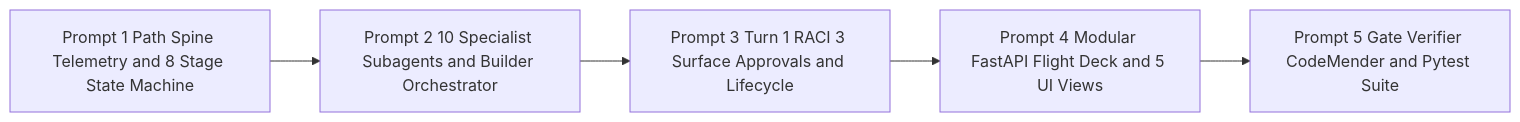
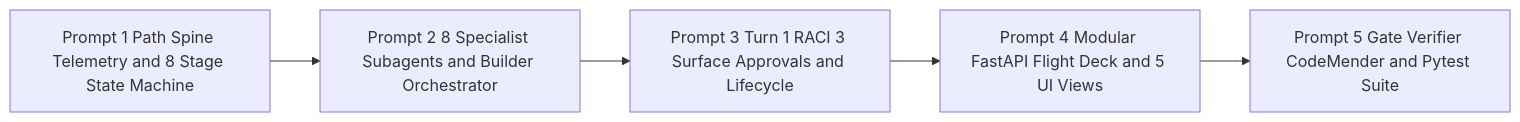
The third of 3 diagrams in ASDLC_OPERATOR_RUNBOOK.md (cwserna/asdlc-customer-kit), drawn with Mermaid before and after one commit. The commit also changed other lines of this file and 22 other files, not shown here.

````diff
--- a/ASDLC_OPERATOR_RUNBOOK.md
+++ b/ASDLC_OPERATOR_RUNBOOK.md
@@ -1477,7 +1564,7 @@
 ```mermaid
 flowchart LR
-    P1["Prompt 1 Path Spine Telemetry and 8 Stage State Machine"] --> P2["Prompt 2 10 Specialist Subagents and Builder Orchestrator"]
+    P1["Prompt 1 Path Spine Telemetry and 8 Stage State Machine"] --> P2["Prompt 2 8 Specialist Subagents and Builder Orchestrator"]
     P2 --> P3["Prompt 3 Turn 1 RACI 3 Surface Approvals and Lifecycle"]
     P3 --> P4["Prompt 4 Modular FastAPI Flight Deck and 5 UI Views"]
     P4 --> P5["Prompt 5 Gate Verifier CodeMender and Pytest Suite"]
 ```
````
